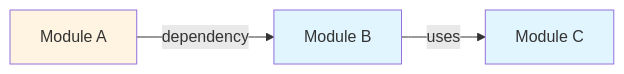
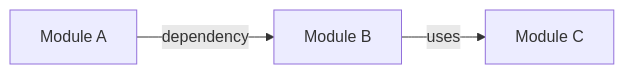
The second of 4 diagrams in assets/templates/code_review_template.md (Omri4Semperis/Glyph), drawn with Mermaid before and after one commit. The commit also changed other lines of this file, not shown here.

````diff
--- a/assets/templates/code_review_template.md
+++ b/assets/templates/code_review_template.md
@@ -100,9 +102,5 @@
 ```mermaid
 graph LR
     A[Module A] -->|dependency| B[Module B]
     B -->|uses| C[Module C]
-    
-    style A fill:#fff4e1
-    style B fill:#e1f5ff
-    style C fill:#e1f5ff
 ```
````
